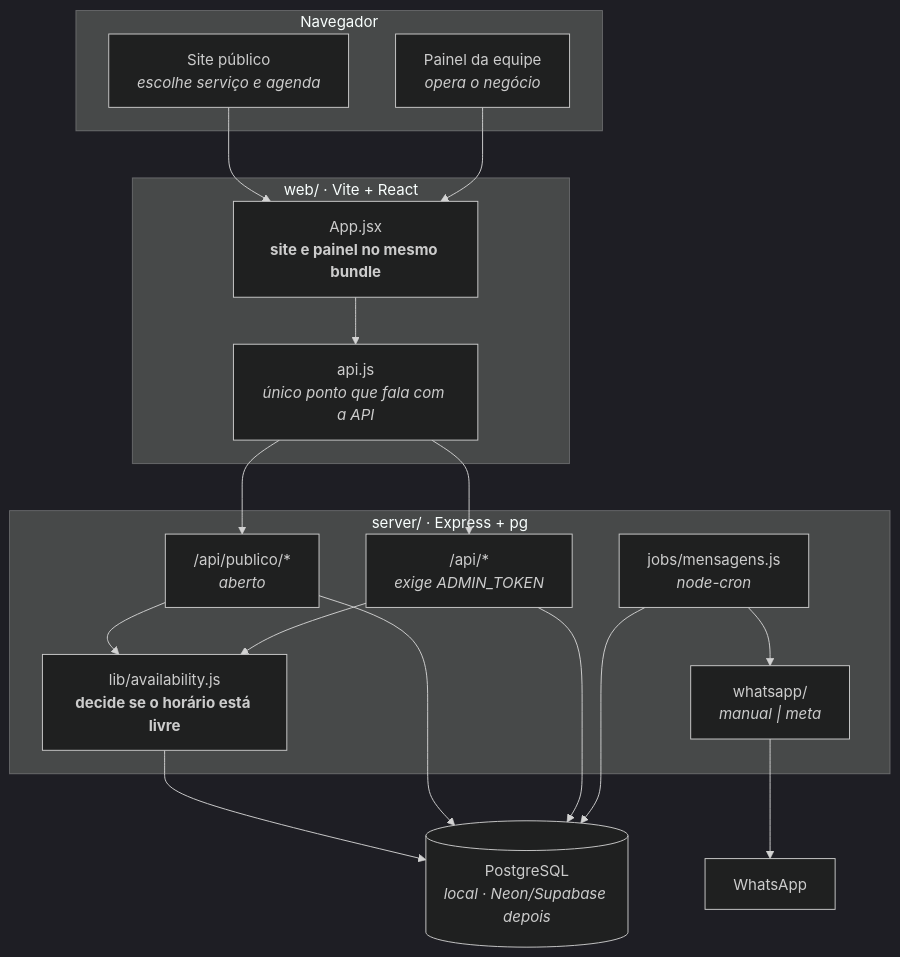
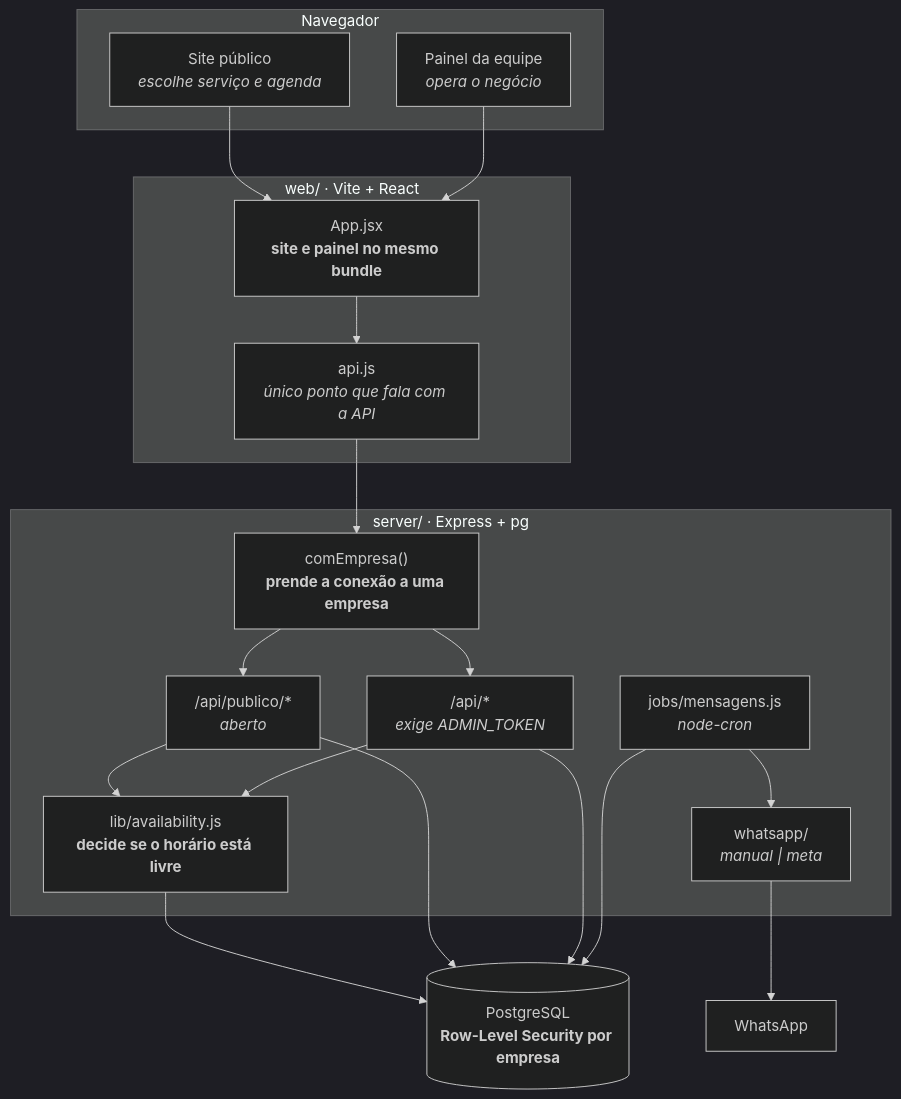
One commit to victortalvarenga-arch/Vital changed the first of 2 diagrams in ARQUITETURA.md. Above: the diagram before and after it, drawn with Mermaid (dark theme). The commit also changed other lines of this file and 13 other files, not shown here.

First line of the commit message:
Bloco 2: isolamento entre empresas com Row-Level Security

````diff
--- a/ARQUITETURA.md
+++ b/ARQUITETURA.md
@@ -8,37 +8,39 @@
 ```mermaid
 flowchart TB
     subgraph nav["Navegador"]
         site["Site público<br><i>escolhe serviço e agenda</i>"]
         painel["Painel da equipe<br><i>opera o negócio</i>"]
     end
 
     subgraph front["web/ · Vite + React"]
         app["App.jsx<br><b>site e painel no mesmo bundle</b>"]
         api["api.js<br><i>único ponto que fala com a API</i>"]
     end
 
     subgraph back["server/ · Express + pg"]
+        emp["comEmpresa()<br><b>prende a conexão a uma empresa</b>"]
         publico["/api/publico/*<br><i>aberto</i>"]
         privado["/api/*<br><i>exige ADMIN_TOKEN</i>"]
         motor["lib/availability.js<br><b>decide se o horário está livre</b>"]
         fila["jobs/mensagens.js<br><i>node-cron</i>"]
         prov["whatsapp/<br><i>manual | meta</i>"]
     end
 
-    db[("PostgreSQL<br><i>local · Neon/Supabase depois</i>")]
+    db[("PostgreSQL<br><b>Row-Level Security por empresa</b>")]
     wa["WhatsApp"]
 
     site --> app
     painel --> app
     app --> api
-    api --> publico
-    api --> privado
+    api --> emp
+    emp --> publico
+    emp --> privado
     publico --> motor
     privado --> motor
     motor --> db
     publico --> db
     privado --> db
     fila --> db
     fila --> prov
     prov --> wa
 ```
````
